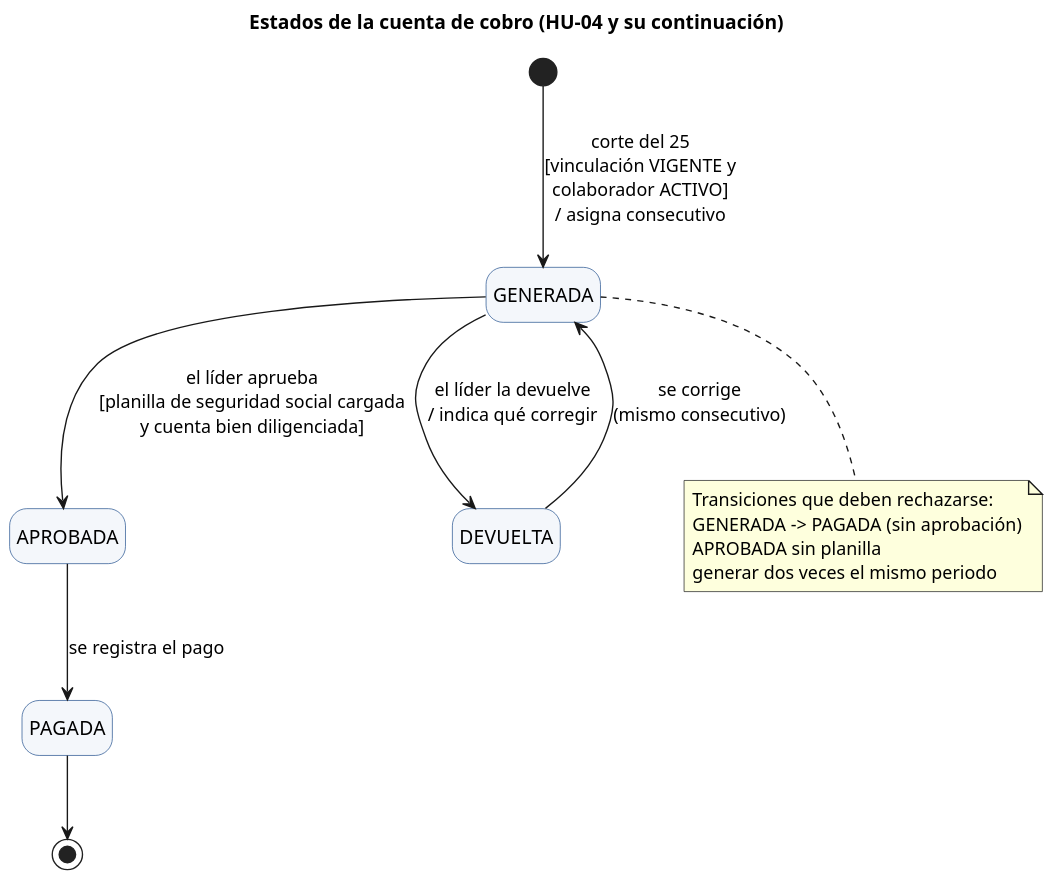
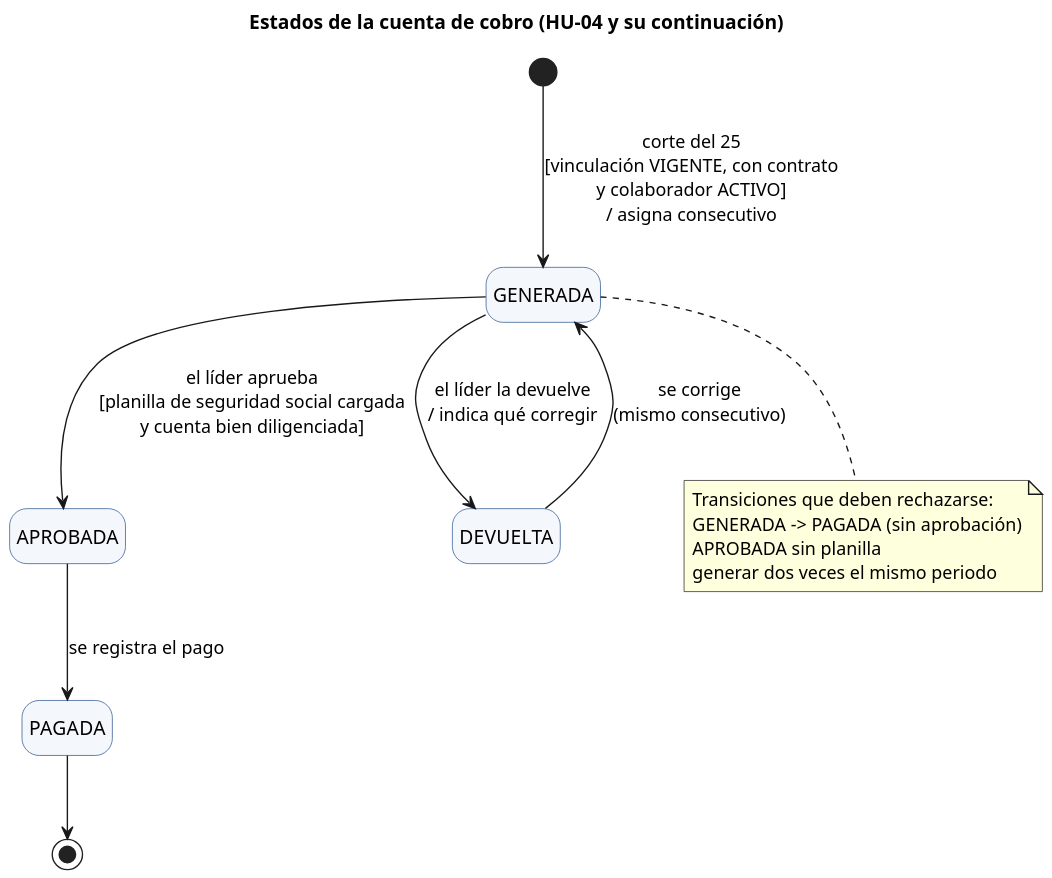
The diagram in docs/diagramas/rtf4/estados_cuenta.puml (Juanj15/criterdocs-and-people), drawn with PlantUML before and after one commit. The commit also changed 7 other files, not shown here.

First line of the commit message:
docs: diagramas de la RTF4 coherentes con la ficha y el selector de perfil (CDP-39)

```diff
--- a/docs/diagramas/rtf4/estados_cuenta.puml
+++ b/docs/diagramas/rtf4/estados_cuenta.puml
@@ -1,23 +1,23 @@
 @startuml
 skinparam dpi 150
 skinparam defaultFontName Arial
 skinparam shadowing false
 hide empty description
 skinparam state {
   BackgroundColor #F4F7FB
   BorderColor #1F4E8C
 }
 title Estados de la cuenta de cobro (HU-04 y su continuación)
-[*] --> GENERADA : corte del 25\n[vinculación VIGENTE y\ncolaborador ACTIVO]\n/ asigna consecutivo
+[*] --> GENERADA : corte del 25\n[vinculación VIGENTE, con contrato\ny colaborador ACTIVO]\n/ asigna consecutivo
 GENERADA --> APROBADA : el líder aprueba\n[planilla de seguridad social cargada\ny cuenta bien diligenciada]
 GENERADA --> DEVUELTA : el líder la devuelve\n/ indica qué corregir
 DEVUELTA --> GENERADA : se corrige\n(mismo consecutivo)
 APROBADA --> PAGADA : se registra el pago
 PAGADA --> [*]
 note bottom of GENERADA
   Transiciones que deben rechazarse:
   GENERADA -> PAGADA (sin aprobación)
   APROBADA sin planilla
   generar dos veces el mismo periodo
 end note
 @enduml
```
